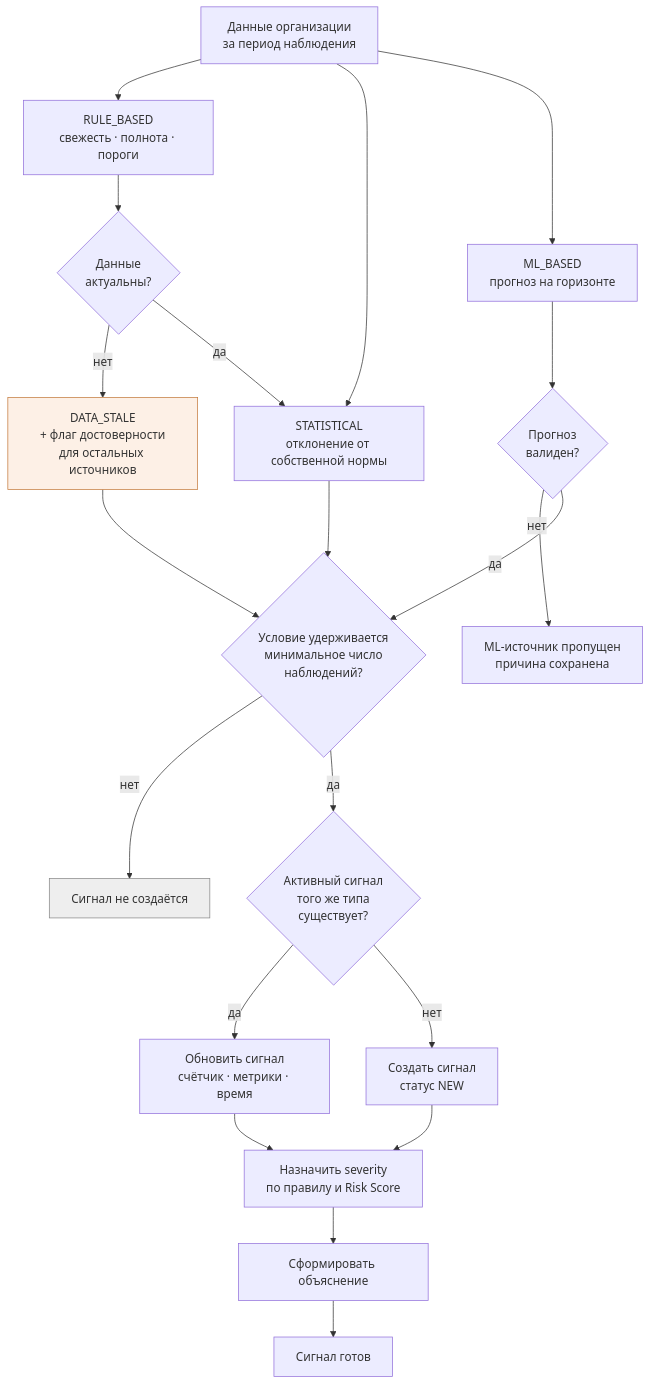
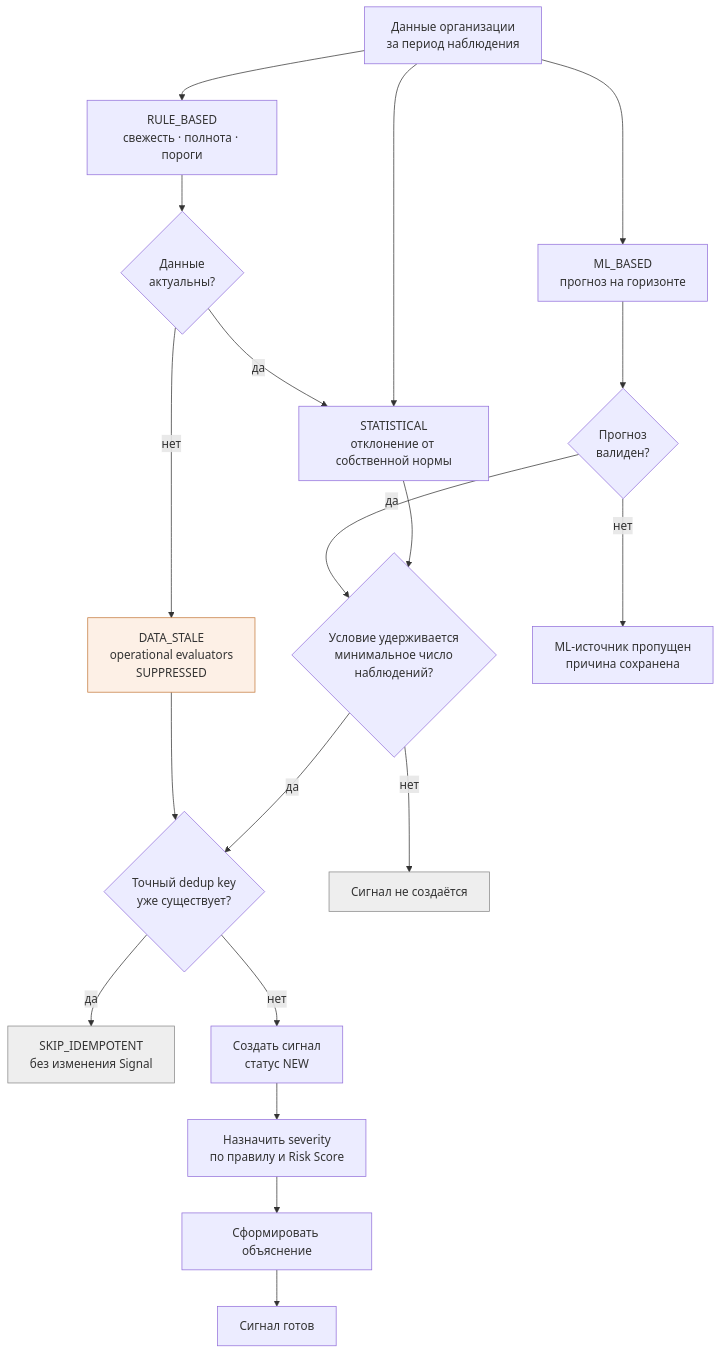
One commit to BAITC-Hacks/hack-54e4bd29-claudex changed the first of 2 diagrams in docs/diagrams/signal-lifecycle.md. Above: the diagram before and after it, drawn with Mermaid. The commit also changed other lines of this file and 97 other files, not shown here.

````diff
--- a/docs/diagrams/signal-lifecycle.md
+++ b/docs/diagrams/signal-lifecycle.md
@@ -5,37 +5,38 @@
 ```mermaid
 flowchart TB
     IN["Данные организации<br/>за период наблюдения"]
 
     R["RULE_BASED<br/>свежесть · полнота · пороги"]
     CONF{"Данные<br/>актуальны?"}
     S["STATISTICAL<br/>отклонение от собственной нормы"]
     M["ML_BASED<br/>прогноз на горизонте"]
     VALID{"Прогноз<br/>валиден?"}
 
     DUR{"Условие удерживается<br/>минимальное число<br/>наблюдений?"}
-    DEDUP{"Активный сигнал<br/>того же типа<br/>существует?"}
-    UPD["Обновить сигнал<br/>счётчик · метрики · время"]
+    DEDUP{"Точный dedup key<br/>уже существует?"}
+    SKIPDEDUP["SKIP_IDEMPOTENT<br/>без изменения Signal"]
     NEW["Создать сигнал<br/>статус NEW"]
     SEV["Назначить severity<br/>по правилу и Risk Score"]
     EXP["Сформировать объяснение"]
     OUT["Сигнал готов"]
 
     IN --> R --> CONF
-    CONF -->|нет| STALE["DATA_STALE<br/>+ флаг достоверности<br/>для остальных источников"]
+    CONF -->|нет| STALE["DATA_STALE<br/>operational evaluators<br/>SUPPRESSED"]
     CONF -->|да| S
     IN --> S
     IN --> M --> VALID
     VALID -->|нет| SKIP["ML-источник пропущен<br/>причина сохранена"]
     VALID -->|да| DUR
     S --> DUR
-    STALE --> DUR
+    STALE --> DEDUP
 
     DUR -->|нет| NOSIG["Сигнал не создаётся"]
     DUR -->|да| DEDUP
-    DEDUP -->|да| UPD --> SEV
+    DEDUP -->|да| SKIPDEDUP
     DEDUP -->|нет| NEW --> SEV
     SEV --> EXP --> OUT
 
     style STALE fill:#fdf0e6,stroke:#c47a3d
     style NOSIG fill:#eeeeee,stroke:#888888
+    style SKIPDEDUP fill:#eeeeee,stroke:#888888
 ```
````
